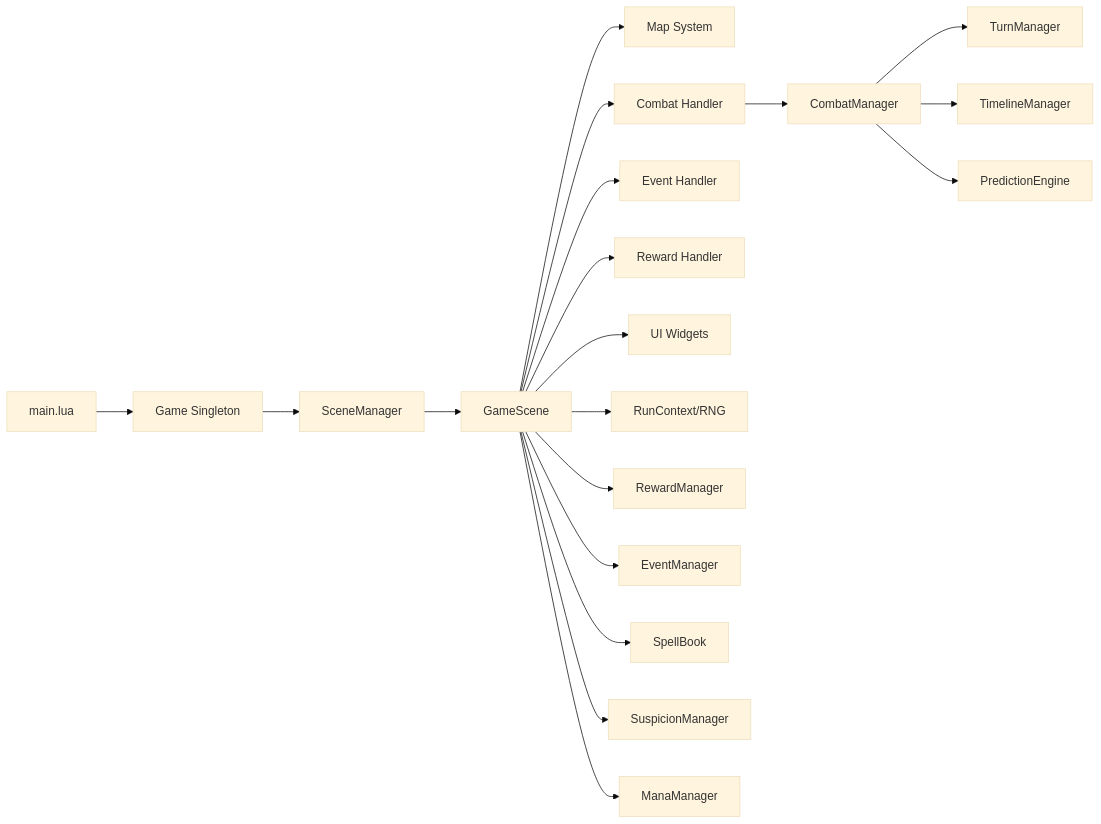
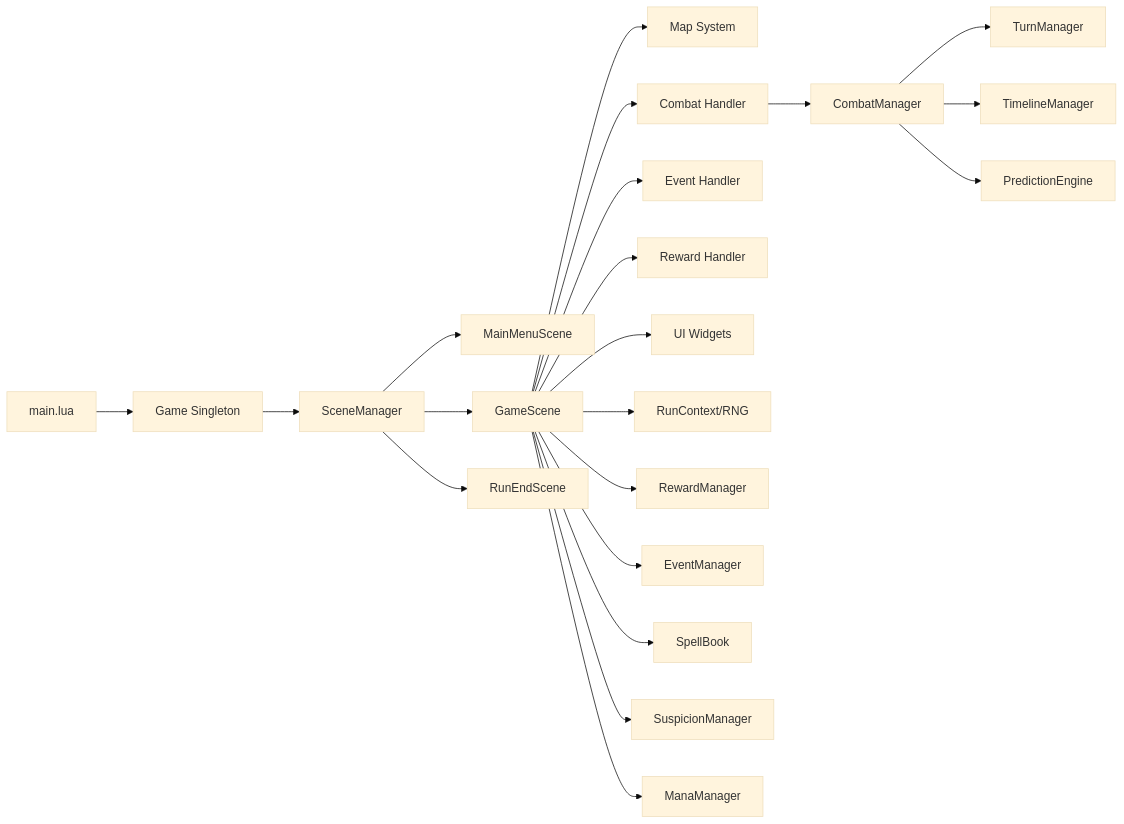
One commit to rlatndud9090/frdy changed the first of 6 diagrams in CLASS_DIAGRAM.md. Above: the diagram before and after it, drawn with Mermaid (base theme). The commit also changed other lines of this file and 31 other files, not shown here.

````diff
--- a/CLASS_DIAGRAM.md
+++ b/CLASS_DIAGRAM.md
@@ -8,24 +8,26 @@
 ```mermaid
 flowchart LR
   A[main.lua] --> B[Game Singleton]
   B --> C[SceneManager]
-  C --> D[GameScene]
+  C --> D[MainMenuScene]
+  C --> E[GameScene]
+  C --> F[RunEndScene]
 
-  D --> E[Map System]
-  D --> F[Combat Handler]
-  D --> G[Event Handler]
-  D --> H[Reward Handler]
-  D --> I[UI Widgets]
-  D --> J[RunContext/RNG]
+  E --> G[Map System]
+  E --> H[Combat Handler]
+  E --> I[Event Handler]
+  E --> J[Reward Handler]
+  E --> K[UI Widgets]
+  E --> L[RunContext/RNG]
 
-  F --> K[CombatManager]
-  K --> L[TurnManager]
-  K --> M[TimelineManager]
-  K --> N[PredictionEngine]
+  H --> M[CombatManager]
+  M --> N[TurnManager]
+  M --> O[TimelineManager]
+  M --> P[PredictionEngine]
 
-  D --> O[RewardManager]
-  D --> P[EventManager]
-  D --> Q[SpellBook]
-  D --> R[SuspicionManager]
-  D --> S[ManaManager]
+  E --> Q[RewardManager]
+  E --> R[EventManager]
+  E --> S[SpellBook]
+  E --> T[SuspicionManager]
+  E --> U[ManaManager]
 ```
````
